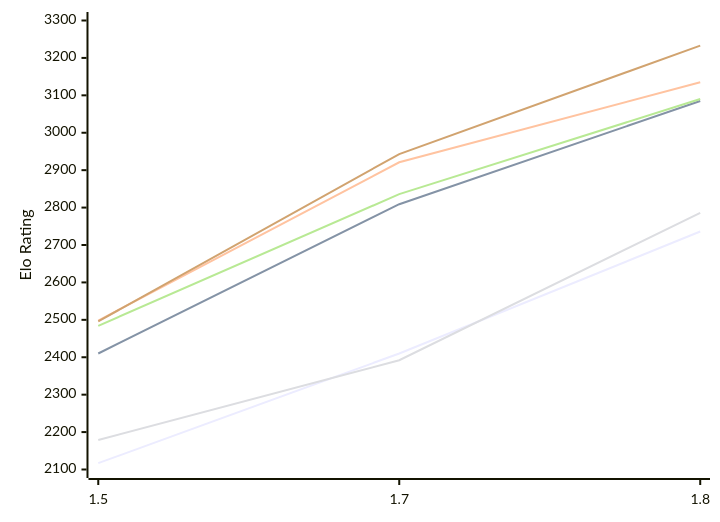
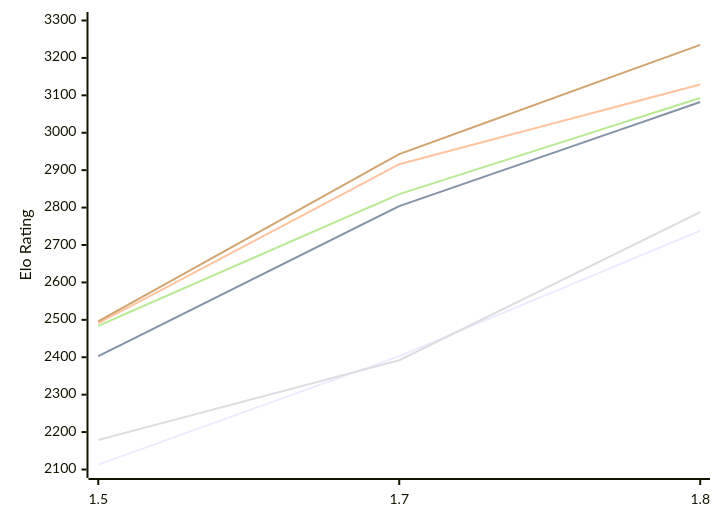
The first of 2 diagrams in engines/Facon.md (computer-chess-index/cci), drawn with Mermaid before and after one commit. The commit also changed other lines of this file, not shown here.

Commit message:
Update CCI Ratings (ELO VLTC) - 2026-11-09

````diff
--- a/engines/Facon.md
+++ b/engines/Facon.md
@@ -54,12 +54,12 @@
 ```mermaid
 %%{init: {"theme":"base","themeVariables":{"seriesColors:['#a3a3a3','#222221','#faa371']}}}%%
 xychart-beta
   x-axis ["1.5", "1.7", "1.8"]
   y-axis "Elo Rating" 2100 --> 3300
-  line "E1: STC (8.0+0.08s)" [2117, 2410, 2736]
-  line "E1: LTC (60.0+0.60s)" [2410, 2809, 3085]
-  line "E1: VLTC (2m24s+1.12s)" [2498, 2921, 3135]
-  line "P1: STC (8.0+0.08s)" [2179, 2392, 2786]
-  line "P1: LTC (60.0+0.60s)" [2484, 2836, 3090]
-  line "P1: VLTC (2m24s+1.12s)" [2496, 2943, 3233]
+  line "E1: STC (8.0+0.08s)" [2113, 2403, 2738]
+  line "E1: LTC (60.0+0.60s)" [2403, 2804, 3082]
+  line "E1: VLTC (2m24s+1.12s)" [2491, 2916, 3129]
+  line "P1: STC (8.0+0.08s)" [2179, 2392, 2788]
+  line "P1: LTC (60.0+0.60s)" [2484, 2836, 3093]
+  line "P1: VLTC (2m24s+1.12s)" [2496, 2943, 3235]
 ```
````
